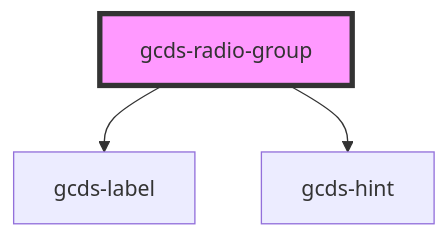
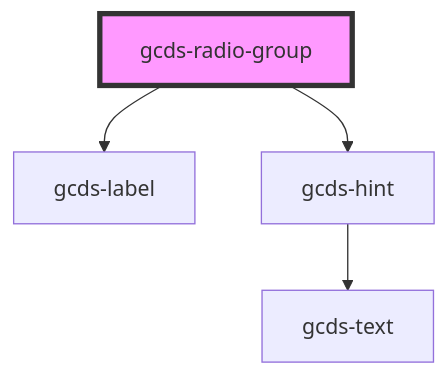
One commit to cds-snc/gcds-components changed the diagram in packages/web/src/components/gcds-radio-group/readme.md. Above: the diagram before and after it, drawn with Mermaid. The commit also changed 11 other files, not shown here.

Commit message:
refactor: integrate gcds-text into gcds-hint

````diff
--- a/packages/web/src/components/gcds-radio-group/readme.md
+++ b/packages/web/src/components/gcds-radio-group/readme.md
@@ -33,6 +33,7 @@
 ```mermaid
 graph TD;
   gcds-radio-group --> gcds-label
   gcds-radio-group --> gcds-hint
+  gcds-hint --> gcds-text
   style gcds-radio-group fill:#f9f,stroke:#333,stroke-width:4px
 ```
````
